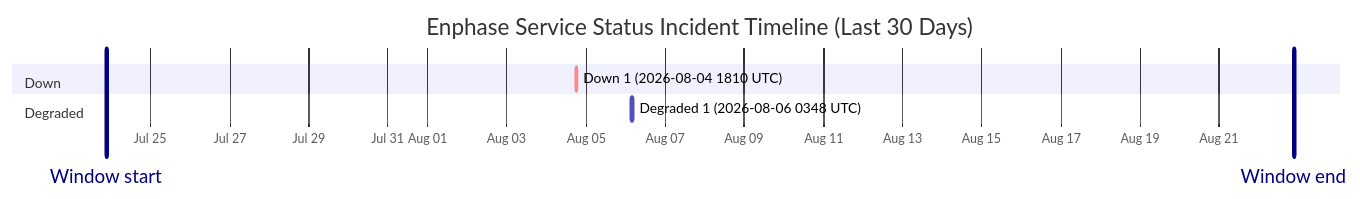
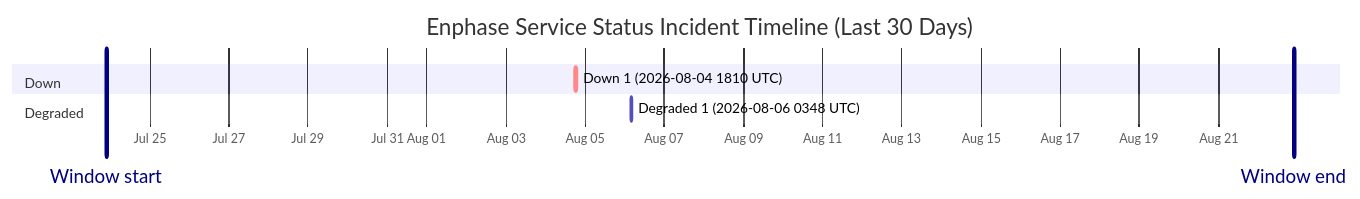
The diagram in wiki/Service-Status-History.md (barneyonline/ha-enphase-energy), drawn with Mermaid before and after one commit. The commit also changed other lines of this file and 3 other files, not shown here.

````diff
--- a/wiki/Service-Status-History.md
+++ b/wiki/Service-Status-History.md
@@ -14,12 +14,12 @@
 ```mermaid
 gantt
     title Enphase Service Status Incident Timeline (Last 30 Days)
     dateFormat  YYYY-MM-DDTHH:mm:ss
     axisFormat  %b %d
-    Window start :vert, window-start, 2026-07-23T21:19:22, 0ms
-    Window end :vert, window-end, 2026-08-22T21:19:22, 0ms
+    Window start :vert, window-start, 2026-07-23T21:45:22, 0ms
+    Window end :vert, window-end, 2026-08-22T21:45:22, 0ms
     section Down
     Down 1 (2026-08-04 1810 UTC) :crit, down-1, 2026-08-04T18:10:46, 60m
     section Degraded
     Degraded 1 (2026-08-06 0348 UTC) :active, degraded-1, 2026-08-06T03:48:14, 60m
 ```
````
